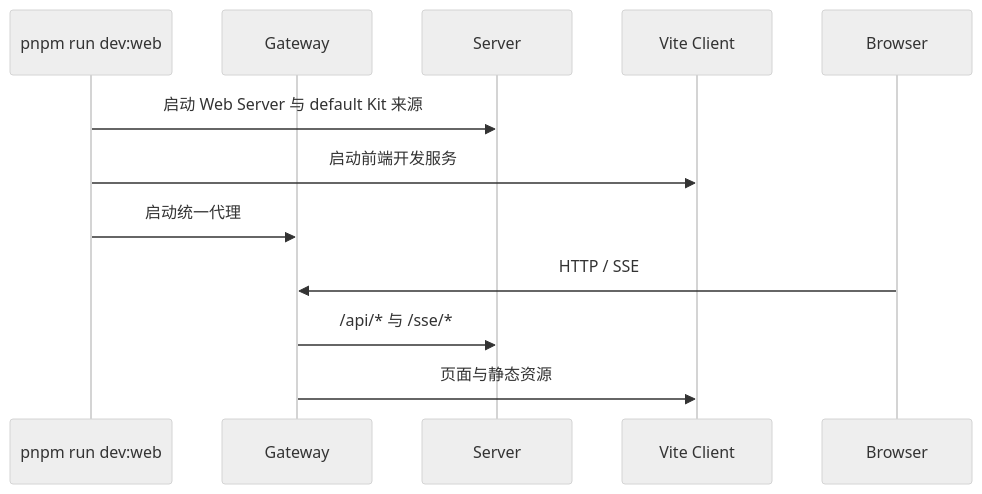
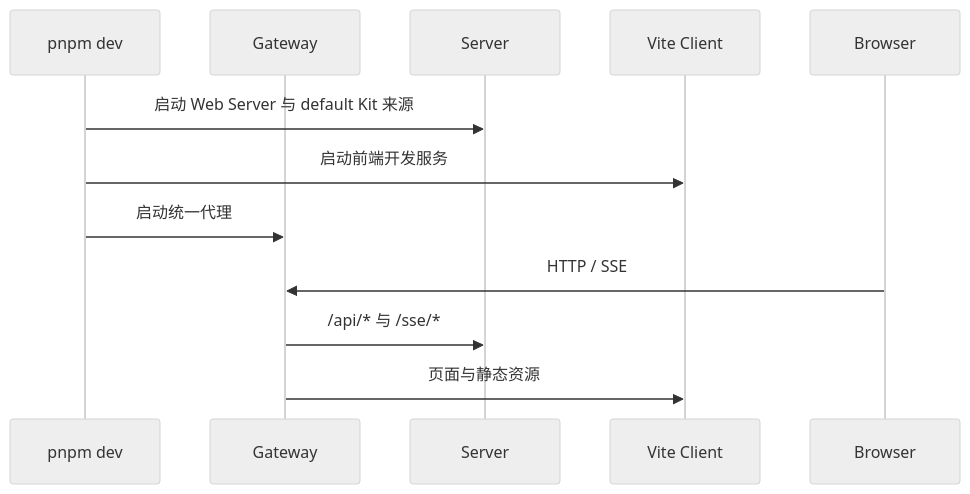
The diagram in docs/architecture/runtime-flows.md (itharbors/harbors), drawn with Mermaid (neutral theme) before and after one commit. The commit also changed other lines of this file and 12 other files, not shown here.

````diff
--- a/docs/architecture/runtime-flows.md
+++ b/docs/architecture/runtime-flows.md
@@ -5,14 +5,14 @@
 ```mermaid
 sequenceDiagram
-    participant CLI as pnpm run dev:web
+    participant CLI as pnpm dev
     participant G as Gateway
     participant S as Server
     participant C as Vite Client
     participant B as Browser
     CLI->>S: 启动 Web Server 与 default Kit 来源
     CLI->>C: 启动前端开发服务
     CLI->>G: 启动统一代理
     B->>G: HTTP / SSE
     G->>S: /api/* 与 /sse/*
     G->>C: 页面与静态资源
 ```
````
